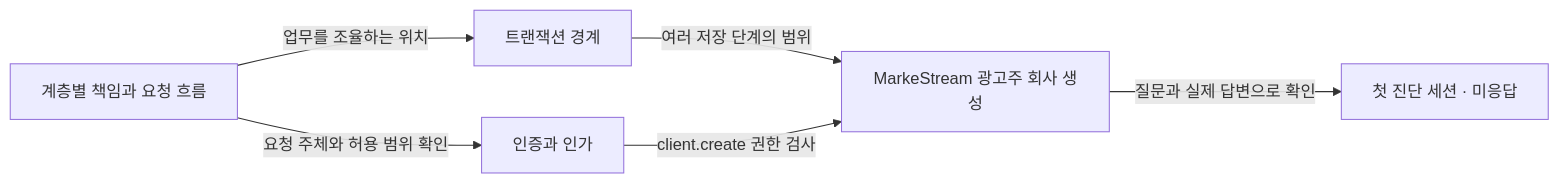
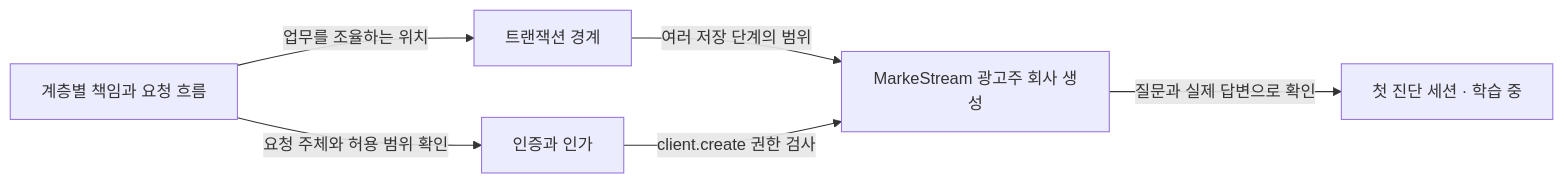
The second of 2 diagrams in notes/maps/learning-map.md (doggopawer/agent-learning), drawn with Mermaid before and after one commit. The commit also changed other lines of this file and 47 other files, not shown here.

````diff
--- a/notes/maps/learning-map.md
+++ b/notes/maps/learning-map.md
@@ -36,8 +55,8 @@
 ```mermaid
 flowchart LR
     layers["계층별 책임과 요청 흐름"] -->|"업무를 조율하는 위치"| transaction["트랜잭션 경계"]
     layers -->|"요청 주체와 허용 범위 확인"| authorization["인증과 인가"]
     transaction -->|"여러 저장 단계의 범위"| creation["MarkeStream 광고주 회사 생성"]
     authorization -->|"client.create 권한 검사"| creation
-    creation -->|"질문과 실제 답변으로 확인"| session["첫 진단 세션 · 미응답"]
+    creation -->|"질문과 실제 답변으로 확인"| session["첫 진단 세션 · 학습 중"]
 ```
````
